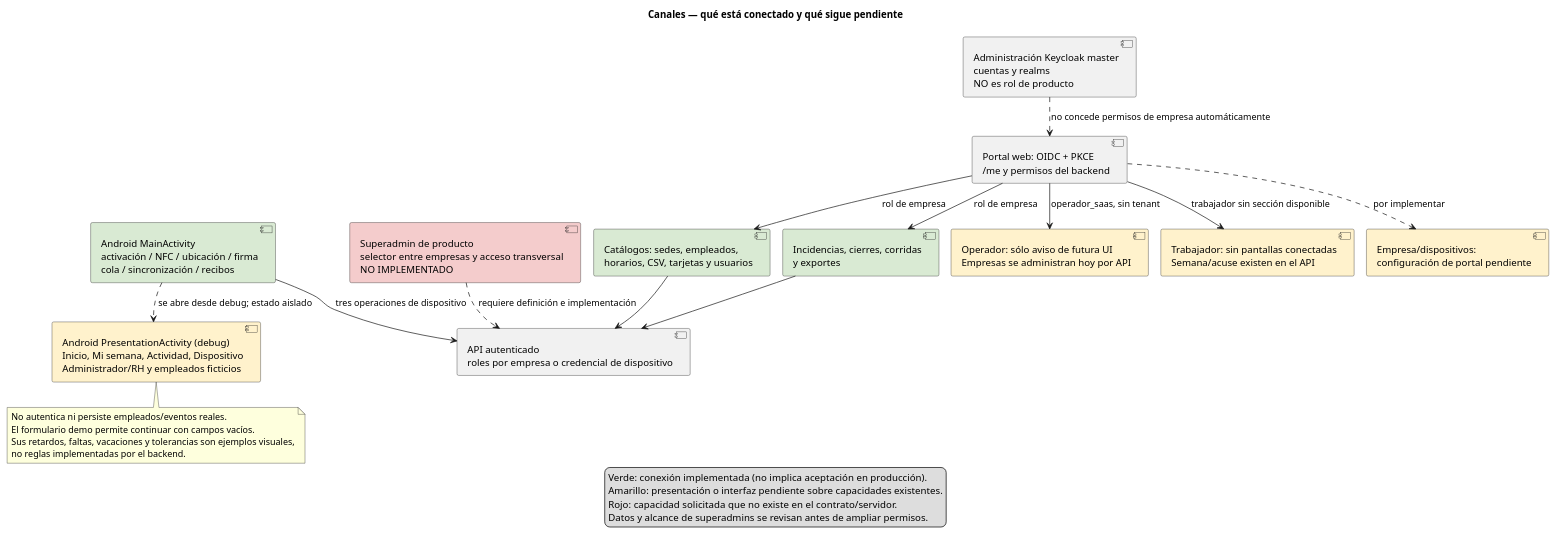
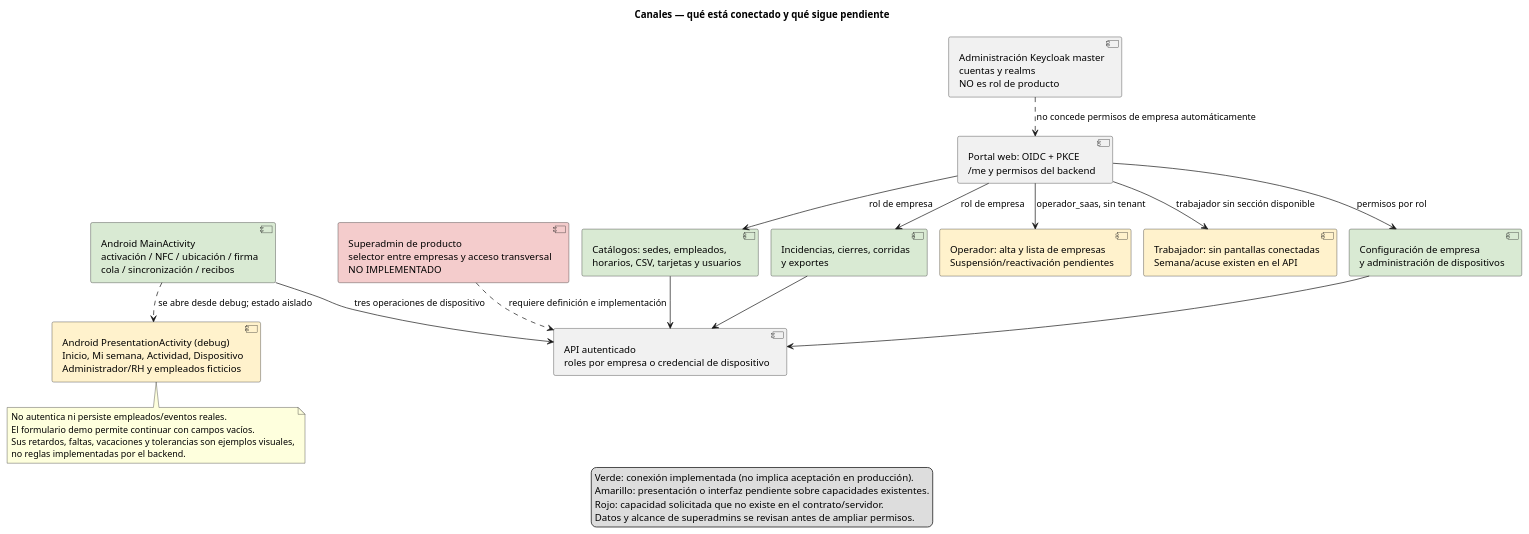
The diagram in docs/flujos/15-canales-y-alcance-ui.puml (Alsegurarp/fs_asistencias), drawn with PlantUML before and after one commit. The commit also changed 31 other files, not shown here.

Commit message:
feat: verifica Android y agrega configuración de empresa y CI

```diff
--- a/docs/flujos/15-canales-y-alcance-ui.puml
+++ b/docs/flujos/15-canales-y-alcance-ui.puml
@@ -1,39 +1,40 @@
 @startuml
 !pragma layout smetana
 title Canales — qué está conectado y qué sigue pendiente
 skinparam shadowing false
 component "Portal web: OIDC + PKCE\n/me y permisos del backend" as web
 component "Catálogos: sedes, empleados,\nhorarios, CSV, tarjetas y usuarios" as catalog #D9EAD3
 component "Incidencias, cierres, corridas\ny exportes" as operational #D9EAD3
-component "Operador: sólo aviso de futura UI\nEmpresas se administran hoy por API" as operator #FFF2CC
+component "Operador: alta y lista de empresas\nSuspensión/reactivación pendientes" as operator #FFF2CC
 component "Trabajador: sin pantallas conectadas\nSemana/acuse existen en el API" as employee #FFF2CC
-component "Empresa/dispositivos:\nconfiguración de portal pendiente" as missing #FFF2CC
+component "Configuración de empresa\ny administración de dispositivos" as settings #D9EAD3
 component "Android MainActivity\nactivación / NFC / ubicación / firma\ncola / sincronización / recibos" as mobile #D9EAD3
 component "Android PresentationActivity (debug)\nInicio, Mi semana, Actividad, Dispositivo\nAdministrador/RH y empleados ficticios" as demo #FFF2CC
 component "API autenticado\nroles por empresa o credencial de dispositivo" as api
 component "Superadmin de producto\nselector entre empresas y acceso transversal\nNO IMPLEMENTADO" as superadmin #F4CCCC
 component "Administración Keycloak master\ncuentas y realms\nNO es rol de producto" as master
 web --> catalog : rol de empresa
 web --> operational : rol de empresa
 web --> operator : operador_saas, sin tenant
 web --> employee : trabajador sin sección disponible
-web ..> missing : por implementar
+web --> settings : permisos por rol
 catalog --> api
 operational --> api
+settings --> api
 mobile --> api : tres operaciones de dispositivo
 mobile ..> demo : se abre desde debug; estado aislado
 master ..> web : no concede permisos de empresa automáticamente
 superadmin ..> api : requiere definición e implementación
 note bottom of demo
 No autentica ni persiste empleados/eventos reales.
 El formulario demo permite continuar con campos vacíos.
 Sus retardos, faltas, vacaciones y tolerancias son ejemplos visuales,
 no reglas implementadas por el backend.
 end note
 legend bottom
 Verde: conexión implementada (no implica aceptación en producción).
 Amarillo: presentación o interfaz pendiente sobre capacidades existentes.
 Rojo: capacidad solicitada que no existe en el contrato/servidor.
 Datos y alcance de superadmins se revisan antes de ampliar permisos.
 endlegend
 @enduml
```
